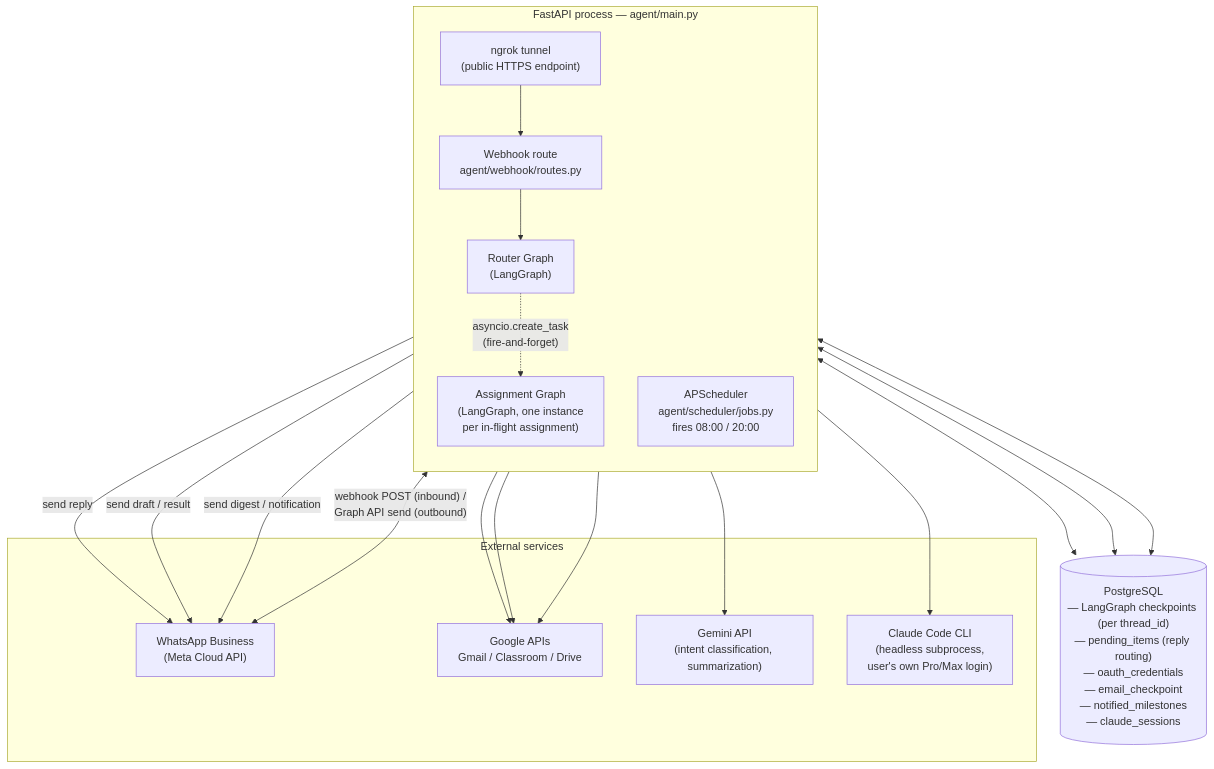
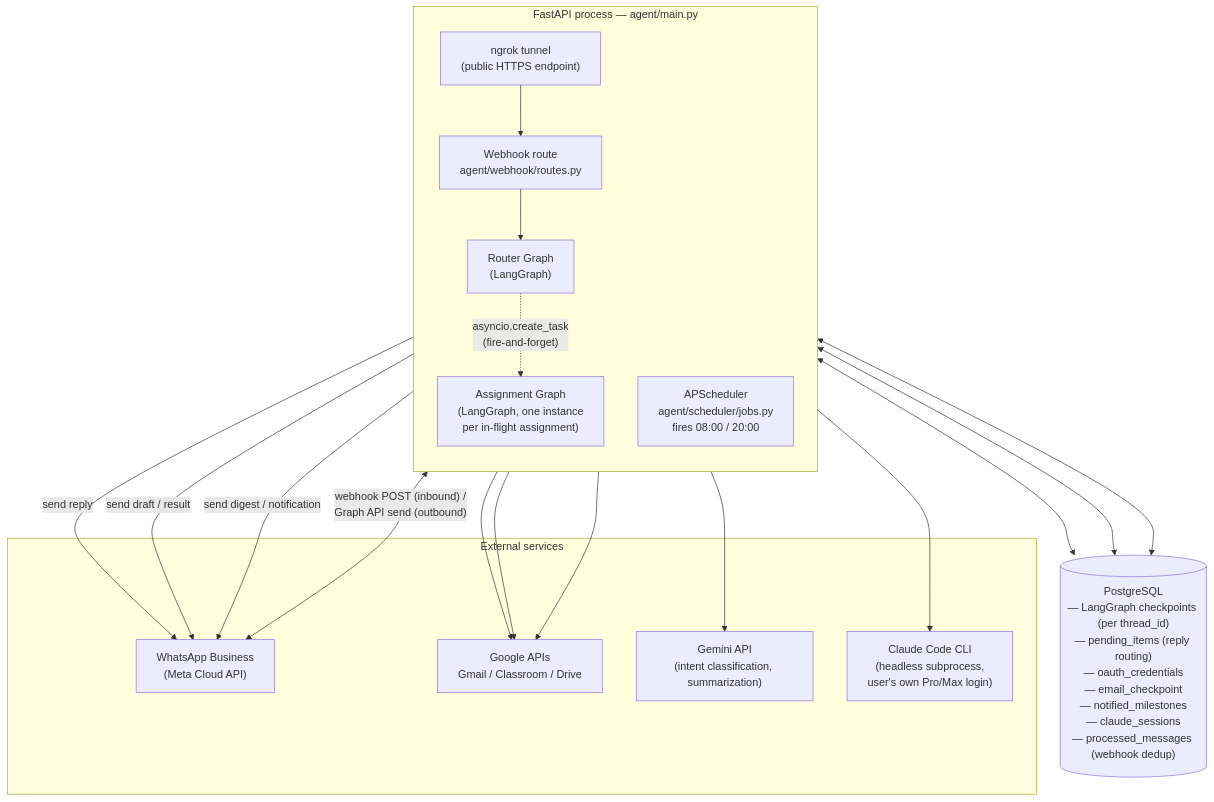
The first of 3 diagrams in ARCHITECTURE.md (Zain-Shykh/study-copilot), drawn with Mermaid before and after one commit. The commit also changed 9 other files, not shown here.

````diff
--- a/ARCHITECTURE.md
+++ b/ARCHITECTURE.md
@@ -14,40 +14,40 @@
 ```mermaid
 flowchart TB
     subgraph EXT["External services"]
         WA["WhatsApp Business<br/>(Meta Cloud API)"]
         GAPI["Google APIs<br/>Gmail / Classroom / Drive"]
         GEM["Gemini API<br/>(intent classification, summarization)"]
         CC["Claude Code CLI<br/>(headless subprocess,<br/>user's own Pro/Max login)"]
     end
 
     NGROK["ngrok tunnel<br/>(public HTTPS endpoint)"]
     WA <-- "webhook POST (inbound) /<br/>Graph API send (outbound)" --> NGROK
 
     subgraph PROC["FastAPI process — agent/main.py"]
         direction TB
         HOOK["Webhook route<br/>agent/webhook/routes.py"]
         ROUTER["Router Graph<br/>(LangGraph)"]
         ASSIGN["Assignment Graph<br/>(LangGraph, one instance<br/>per in-flight assignment)"]
         SCHED["APScheduler<br/>agent/scheduler/jobs.py<br/>fires 08:00 / 20:00"]
 
         NGROK --> HOOK
         HOOK --> ROUTER
         ROUTER -. "asyncio.create_task<br/>(fire-and-forget)" .-> ASSIGN
     end
 
-    PG[("PostgreSQL<br/>— LangGraph checkpoints (per thread_id)<br/>— pending_items (reply routing)<br/>— oauth_credentials<br/>— email_checkpoint<br/>— notified_milestones<br/>— claude_sessions")]
+    PG[("PostgreSQL<br/>— LangGraph checkpoints (per thread_id)<br/>— pending_items (reply routing)<br/>— oauth_credentials<br/>— email_checkpoint<br/>— notified_milestones<br/>— claude_sessions<br/>— processed_messages (webhook dedup)")]
 
     ROUTER <--> PG
     ASSIGN <--> PG
     SCHED <--> PG
 
     ROUTER --> GAPI
     ROUTER --> GEM
     ASSIGN --> GAPI
     ASSIGN --> CC
     SCHED --> GAPI
 
     ROUTER -- "send reply" --> WA
     ASSIGN -- "send draft / result" --> WA
     SCHED -- "send digest / notification" --> WA
 ```
````
